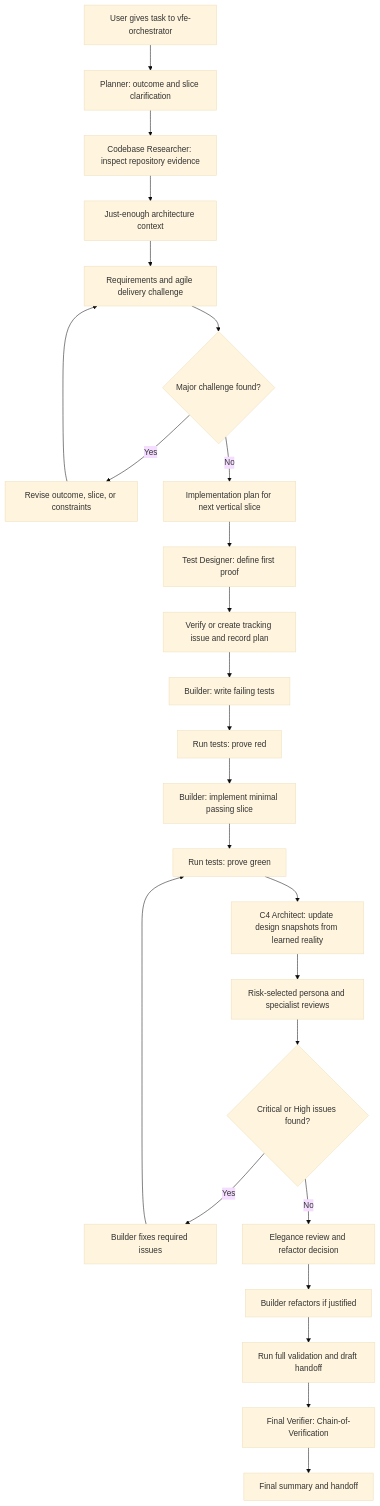
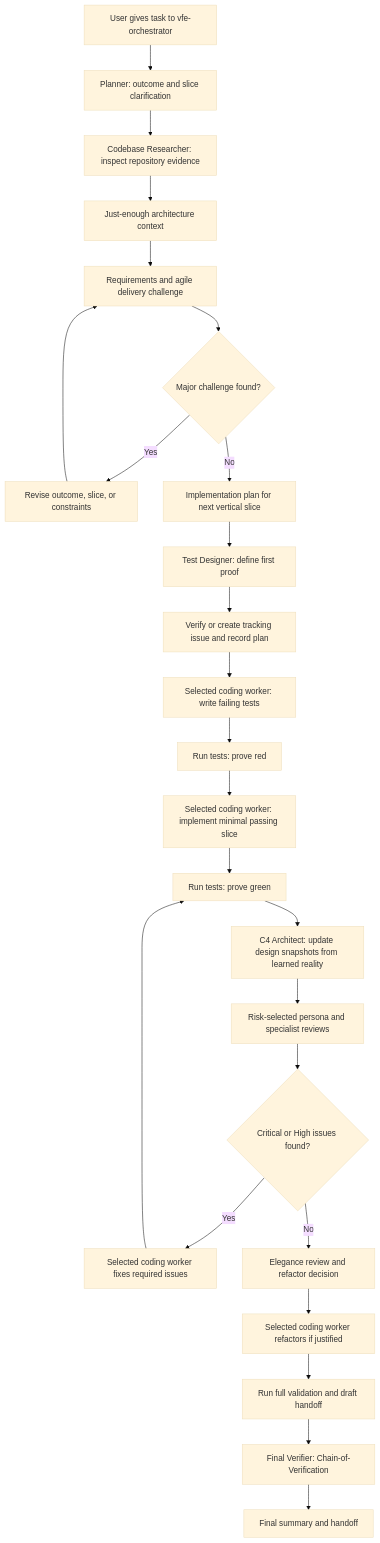
One commit to Gibbs-Morris/mississippi changed the diagram in .github/agents/vfe-orchestrator.agent.md. Above: the diagram before and after it, drawn with Mermaid (base theme). The commit also changed other lines of this file, not shown here.

Commit message:
Apply CSS worker selection throughout VFE workflows +semver: skip

````diff
--- a/.github/agents/vfe-orchestrator.agent.md
+++ b/.github/agents/vfe-orchestrator.agent.md
@@ -354,27 +356,27 @@
 ```mermaid
 flowchart TD
   A[User gives task to vfe-orchestrator] --> B[Planner: outcome and slice clarification]
   B --> C[Codebase Researcher: inspect repository evidence]
   C --> D[Just-enough architecture context]
   D --> E[Requirements and agile delivery challenge]
   E --> F{Major challenge found?}
   F -- Yes --> G[Revise outcome, slice, or constraints]
   G --> E
   F -- No --> H[Implementation plan for next vertical slice]
   H --> I[Test Designer: define first proof]
   I --> IssueIntake[Verify or create tracking issue and record plan]
-  IssueIntake --> J[Builder: write failing tests]
+  IssueIntake --> J[Selected coding worker: write failing tests]
   J --> K[Run tests: prove red]
-  K --> L[Builder: implement minimal passing slice]
+  K --> L[Selected coding worker: implement minimal passing slice]
   L --> M[Run tests: prove green]
   M --> N[C4 Architect: update design snapshots from learned reality]
   N --> O[Risk-selected persona and specialist reviews]
   O --> P{Critical or High issues found?}
-  P -- Yes --> Q[Builder fixes required issues]
+  P -- Yes --> Q[Selected coding worker fixes required issues]
   Q --> M
   P -- No --> R[Elegance review and refactor decision]
-  R --> S[Builder refactors if justified]
+  R --> S[Selected coding worker refactors if justified]
   S --> T[Run full validation and draft handoff]
   T --> U[Final Verifier: Chain-of-Verification]
   U --> V[Final summary and handoff]
 ```
````
